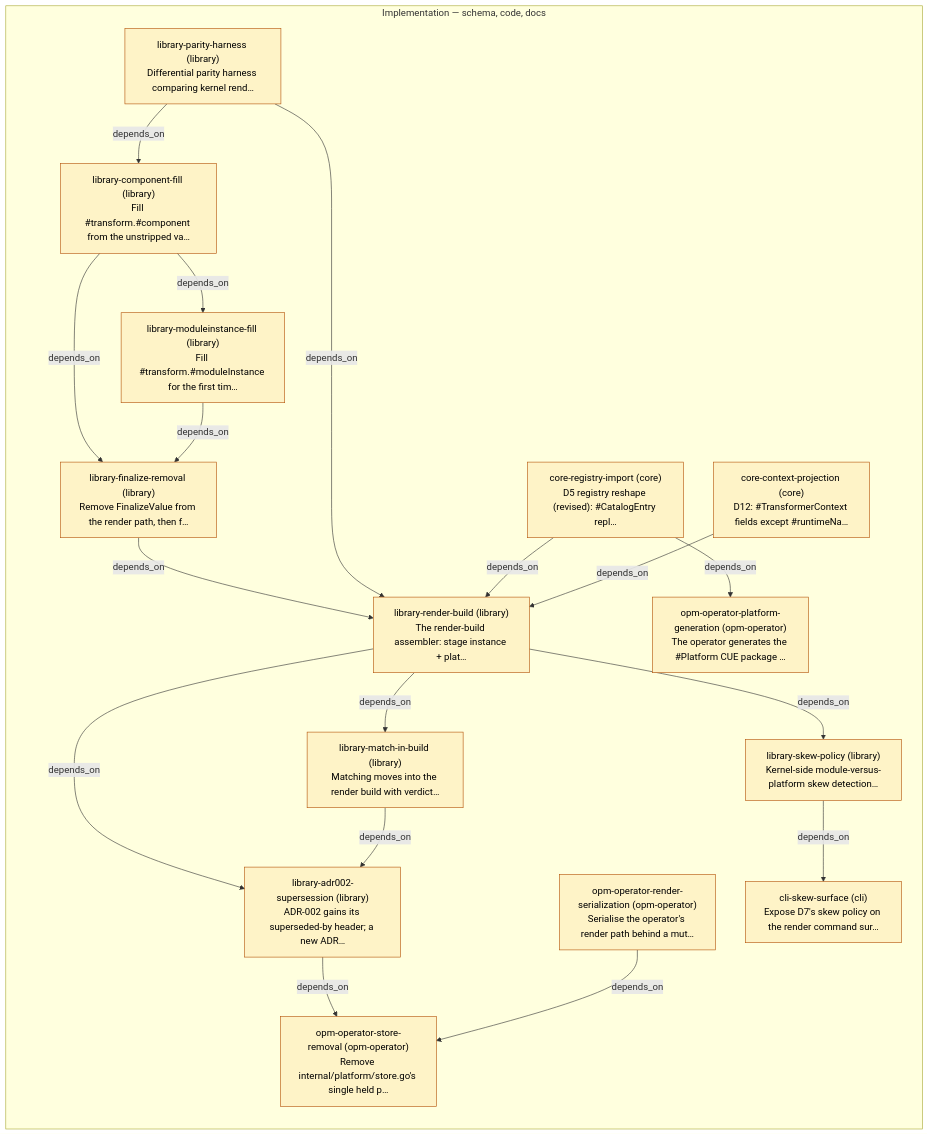
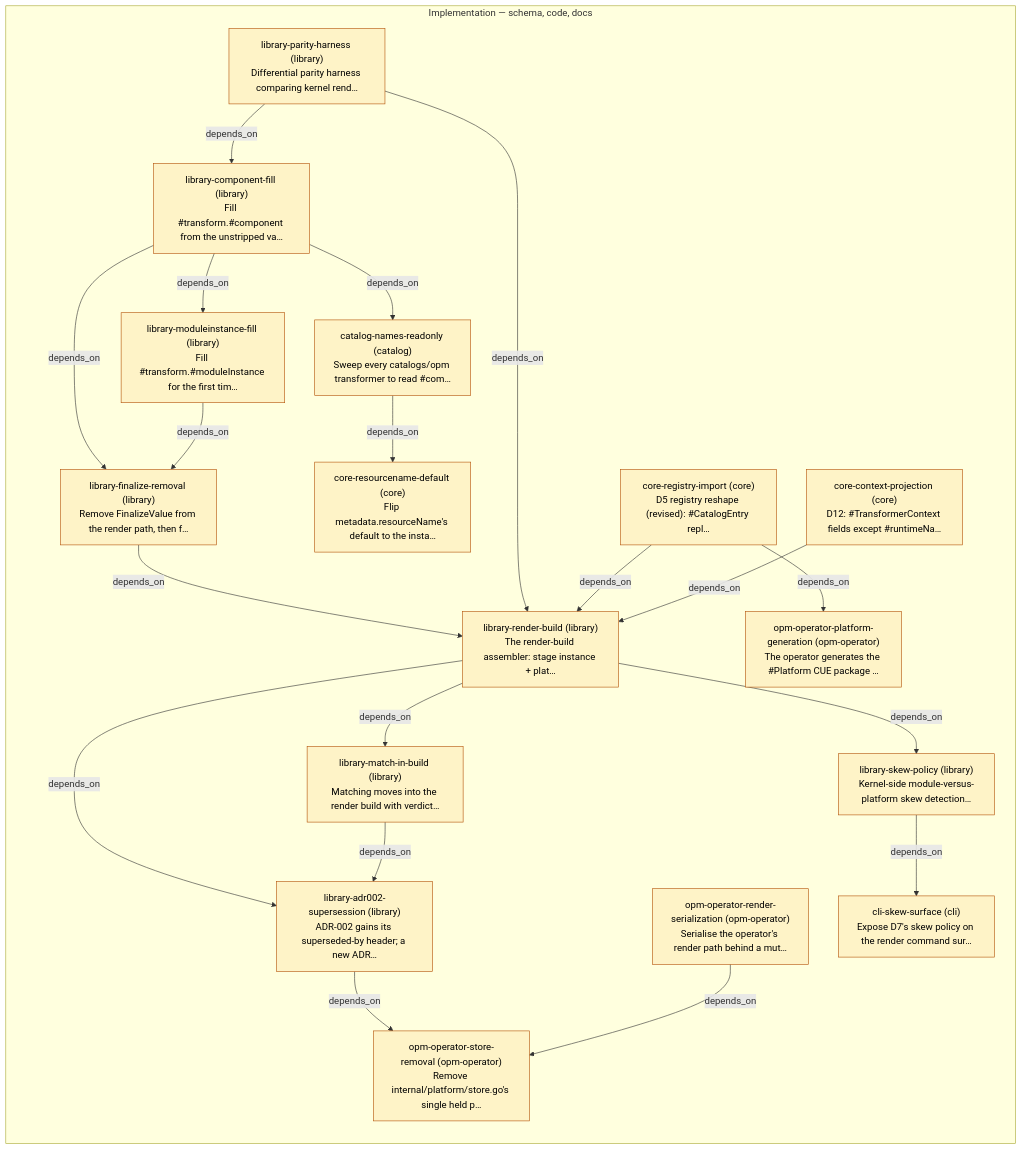
Before and after one commit to open-platform-model/enhancements: the diagram in 0019/PLAN.md, drawn with Mermaid. The commit also changed other lines of this file and 7 other files, not shown here.

First line of the commit message:
docs(0019): lock D15/D16, the read-only names contract and the instance-qualified resourceName default

````diff
--- a/0019/PLAN.md
+++ b/0019/PLAN.md
@@ -5,42 +5,46 @@
 ```mermaid
 graph LR
   classDef planned     fill:#fef3c7,stroke:#b45309,color:#000
   classDef in_progress fill:#dbeafe,stroke:#1d4ed8,color:#000
   classDef done        fill:#dcfce7,stroke:#15803d,color:#000
   classDef cancelled   fill:#e5e7eb,stroke:#6b7280,color:#6b7280
   classDef other       fill:#fafafa,stroke:#9ca3af,color:#6b7280,stroke-dasharray:3 3
 
   subgraph PHASE_IMPL["Implementation — schema, code, docs"]
     S_library-parity-harness["library-parity-harness (library)\nDifferential parity harness comparing kernel rend…"]:::planned
     S_library-component-fill["library-component-fill (library)\nFill #transform.#component from the unstripped va…"]:::planned
     S_library-moduleinstance-fill["library-moduleinstance-fill (library)\nFill #transform.#moduleInstance for the first tim…"]:::planned
     S_library-finalize-removal["library-finalize-removal (library)\nRemove FinalizeValue from the render path, then f…"]:::planned
+    S_catalog-names-readonly["catalog-names-readonly (catalog)\nSweep every catalogs/opm transformer to read #com…"]:::planned
+    S_core-resourcename-default["core-resourcename-default (core)\nFlip metadata.resourceName's default to the insta…"]:::planned
     S_opm-operator-render-serialization["opm-operator-render-serialization (opm-operator)\nSerialise the operator's render path behind a mut…"]:::planned
     S_core-registry-import["core-registry-import (core)\nD5 registry reshape (revised): #CatalogEntry repl…"]:::planned
     S_core-context-projection["core-context-projection (core)\nD12: #TransformerContext fields except #runtimeNa…"]:::planned
     S_library-render-build["library-render-build (library)\nThe render-build assembler: stage instance + plat…"]:::planned
     S_library-match-in-build["library-match-in-build (library)\nMatching moves into the render build with verdict…"]:::planned
     S_library-skew-policy["library-skew-policy (library)\nKernel-side module-versus-platform skew detection…"]:::planned
     S_library-adr002-supersession["library-adr002-supersession (library)\nADR-002 gains its superseded-by header; a new ADR…"]:::planned
     S_opm-operator-store-removal["opm-operator-store-removal (opm-operator)\nRemove internal/platform/store.go's single held p…"]:::planned
     S_opm-operator-platform-generation["opm-operator-platform-generation (opm-operator)\nThe operator generates the #Platform CUE package …"]:::planned
     S_cli-skew-surface["cli-skew-surface (cli)\nExpose D7's skew policy on the render command sur…"]:::planned
   end
 
   S_library-parity-harness -->|depends_on| S_library-component-fill
   S_library-component-fill -->|depends_on| S_library-moduleinstance-fill
   S_library-component-fill -->|depends_on| S_library-finalize-removal
   S_library-moduleinstance-fill -->|depends_on| S_library-finalize-removal
+  S_library-component-fill -->|depends_on| S_catalog-names-readonly
+  S_catalog-names-readonly -->|depends_on| S_core-resourcename-default
   S_library-finalize-removal -->|depends_on| S_library-render-build
   S_library-parity-harness -->|depends_on| S_library-render-build
   S_core-registry-import -->|depends_on| S_library-render-build
   S_core-context-projection -->|depends_on| S_library-render-build
   S_library-render-build -->|depends_on| S_library-match-in-build
   S_library-render-build -->|depends_on| S_library-skew-policy
   S_library-render-build -->|depends_on| S_library-adr002-supersession
   S_library-match-in-build -->|depends_on| S_library-adr002-supersession
   S_library-adr002-supersession -->|depends_on| S_opm-operator-store-removal
   S_opm-operator-render-serialization -->|depends_on| S_opm-operator-store-removal
   S_core-registry-import -->|depends_on| S_opm-operator-platform-generation
   S_library-skew-policy -->|depends_on| S_cli-skew-surface
 ```
````
